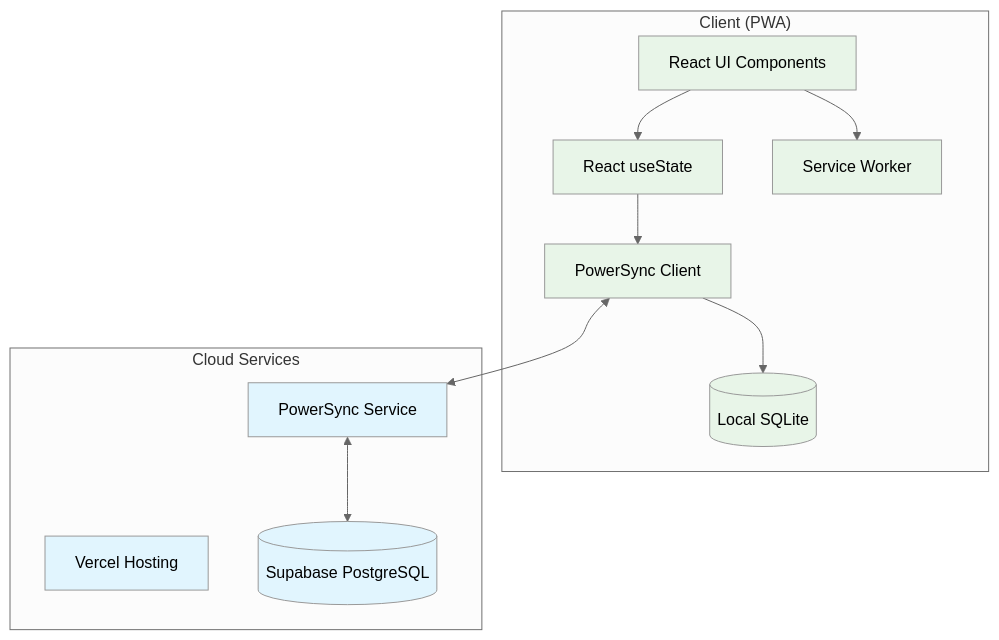
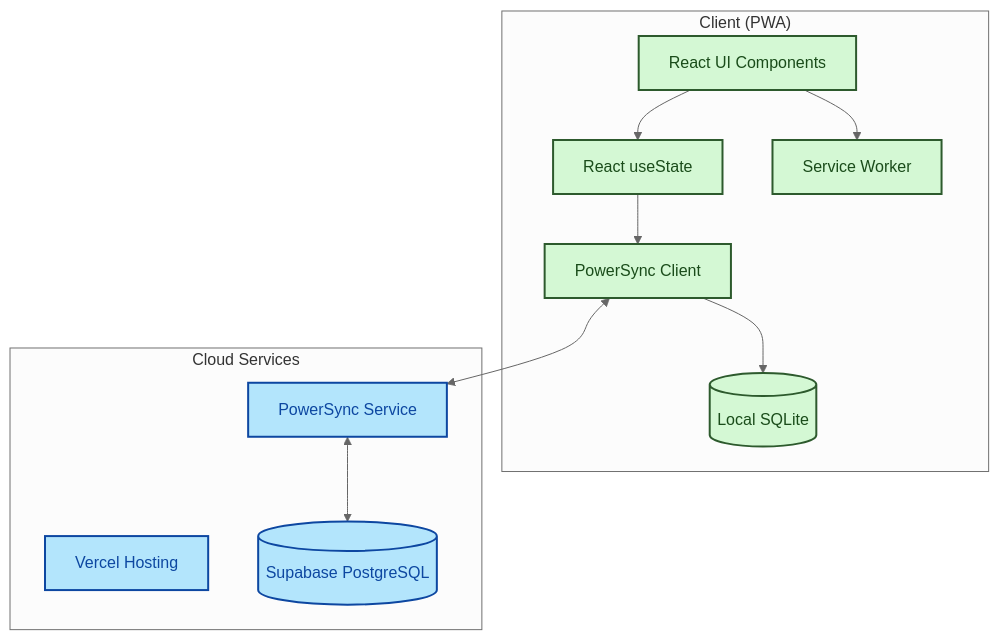
Before and after one commit to philippe-ths/scoremyclays: the first of 2 diagrams in docs/TECHNICAL_ARCHITECTURE.md, drawn with Mermaid (neutral theme). The commit also changed other lines of this file and 7 other files, not shown here.

````diff
--- a/docs/TECHNICAL_ARCHITECTURE.md
+++ b/docs/TECHNICAL_ARCHITECTURE.md
@@ -42,29 +45,29 @@
 ```mermaid
 graph TB
     subgraph "Client (PWA)"
         UI[React UI Components]
         State[React useState]
         PowerSyncClient[PowerSync Client]
         SQLite[(Local SQLite)]
         SW[Service Worker]
     end
-    
+
     subgraph "Cloud Services"
         Vercel[Vercel Hosting]
         Supabase[(Supabase PostgreSQL)]
         PowerSyncService[PowerSync Service]
     end
-    
+
     UI --> State
     State --> PowerSyncClient
     PowerSyncClient --> SQLite
     PowerSyncClient <--> PowerSyncService
     PowerSyncService <--> Supabase
     UI --> SW
-    
-    classDef mvp fill:#e8f5e8
-    classDef cloud fill:#e1f5fe
-    
+
+    classDef mvp fill:#d4f8d4,stroke:#2d5a2d,stroke-width:2px,color:#1a4c1a
+    classDef cloud fill:#b3e5fc,stroke:#0d47a1,stroke-width:2px,color:#0d47a1
+
     class UI,State,PowerSyncClient,SQLite,SW mvp
     class Vercel,Supabase,PowerSyncService cloud
 ```
````
